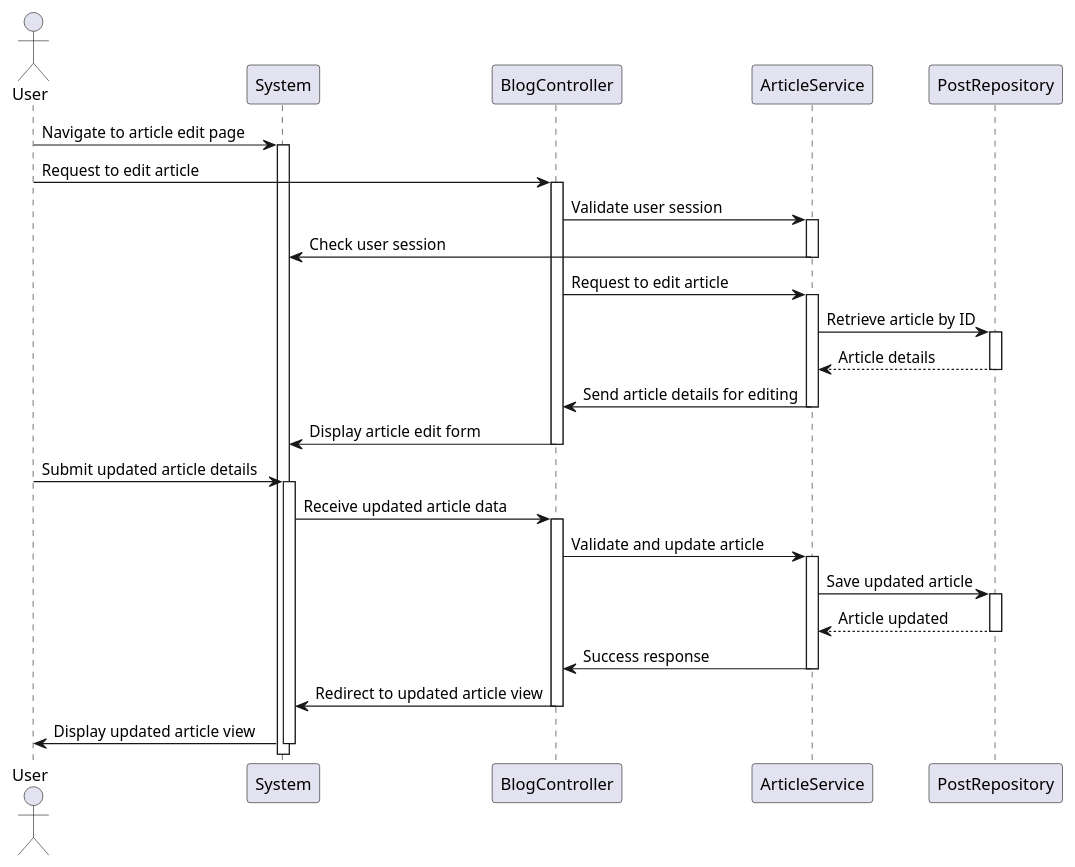
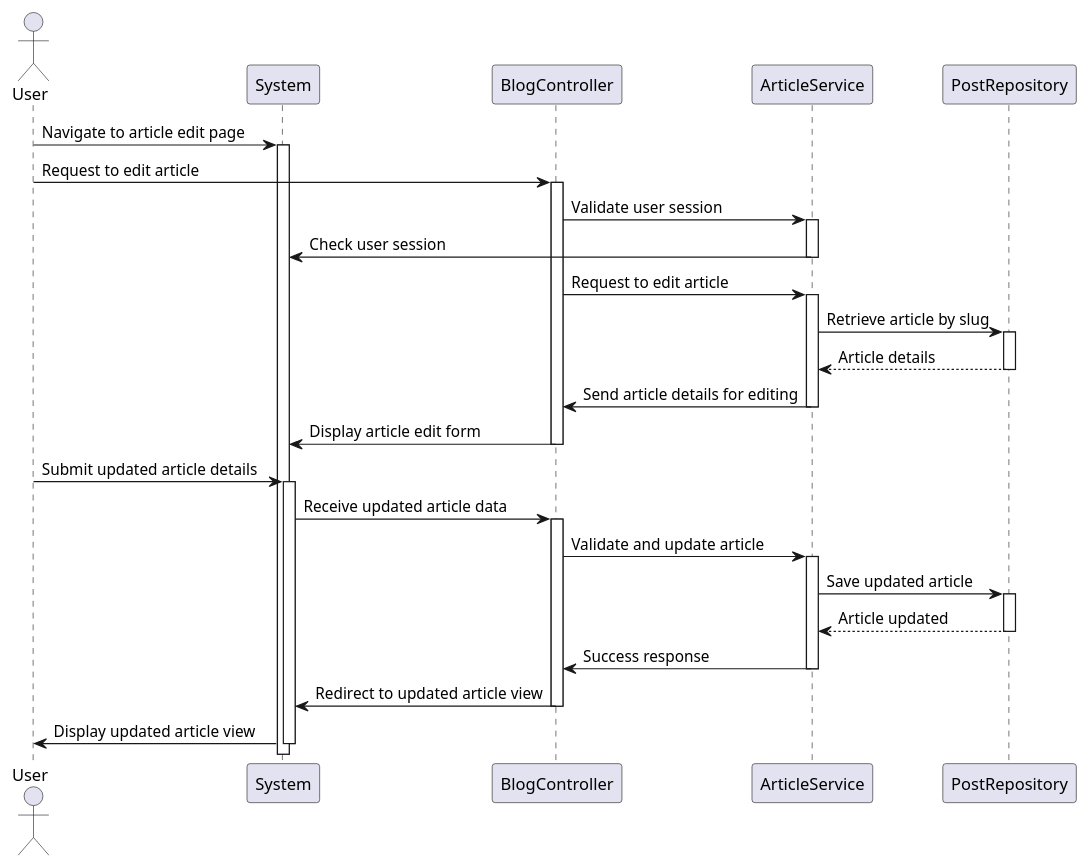
One commit to Waarrez/Blog-PHP-Projet-Openclassrooms changed the diagram in schémas/séquences/edit_article.puml. Above: the diagram before and after it, drawn with PlantUML. The commit also changed 34 other files, not shown here.

```diff
--- a/schémas/séquences/edit_article.puml
+++ b/schémas/séquences/edit_article.puml
@@ -1,58 +1,58 @@
 @startuml
 
 actor User as User
 participant "System" as System
 participant BlogController as Controller
 participant ArticleService as ArticleService
 participant PostRepository as PostRepo
 
 User -> System: Navigate to article edit page
 activate System
 
 User -> Controller: Request to edit article
 activate Controller
 
 Controller -> ArticleService: Validate user session
 activate ArticleService
 
 ArticleService -> System: Check user session
 deactivate ArticleService
 
 Controller -> ArticleService: Request to edit article
 activate ArticleService
 
-ArticleService -> PostRepo: Retrieve article by ID
+ArticleService -> PostRepo: Retrieve article by slug
 activate PostRepo
 PostRepo --> ArticleService: Article details
 deactivate PostRepo
 
 ArticleService -> Controller: Send article details for editing
 deactivate ArticleService
 
 Controller -> System: Display article edit form
 deactivate Controller
 
 User -> System: Submit updated article details
 activate System
 
 System -> Controller: Receive updated article data
 activate Controller
 
 Controller -> ArticleService: Validate and update article
 activate ArticleService
 
 ArticleService -> PostRepo: Save updated article
 activate PostRepo
 PostRepo --> ArticleService: Article updated
 deactivate PostRepo
 
 ArticleService -> Controller: Success response
 deactivate ArticleService
 
 Controller -> System: Redirect to updated article view
 deactivate Controller
 
 System -> User: Display updated article view
 
 deactivate System
 @enduml
```
